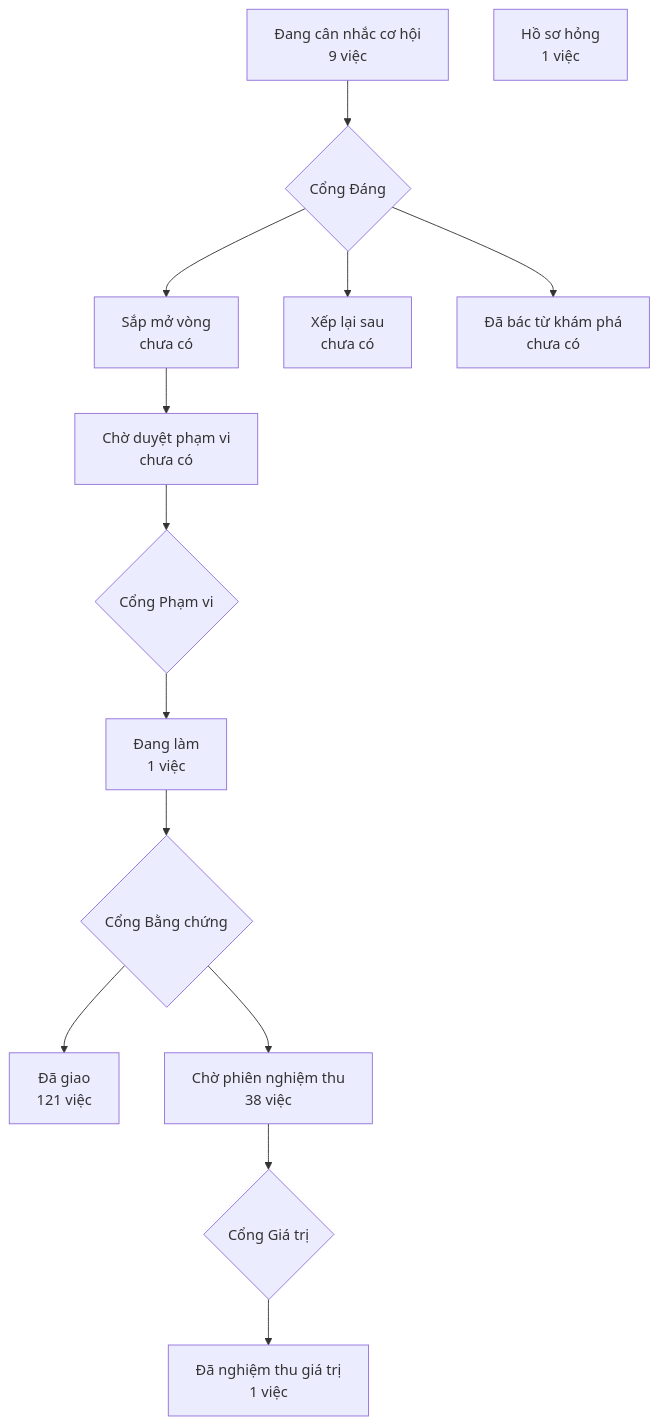
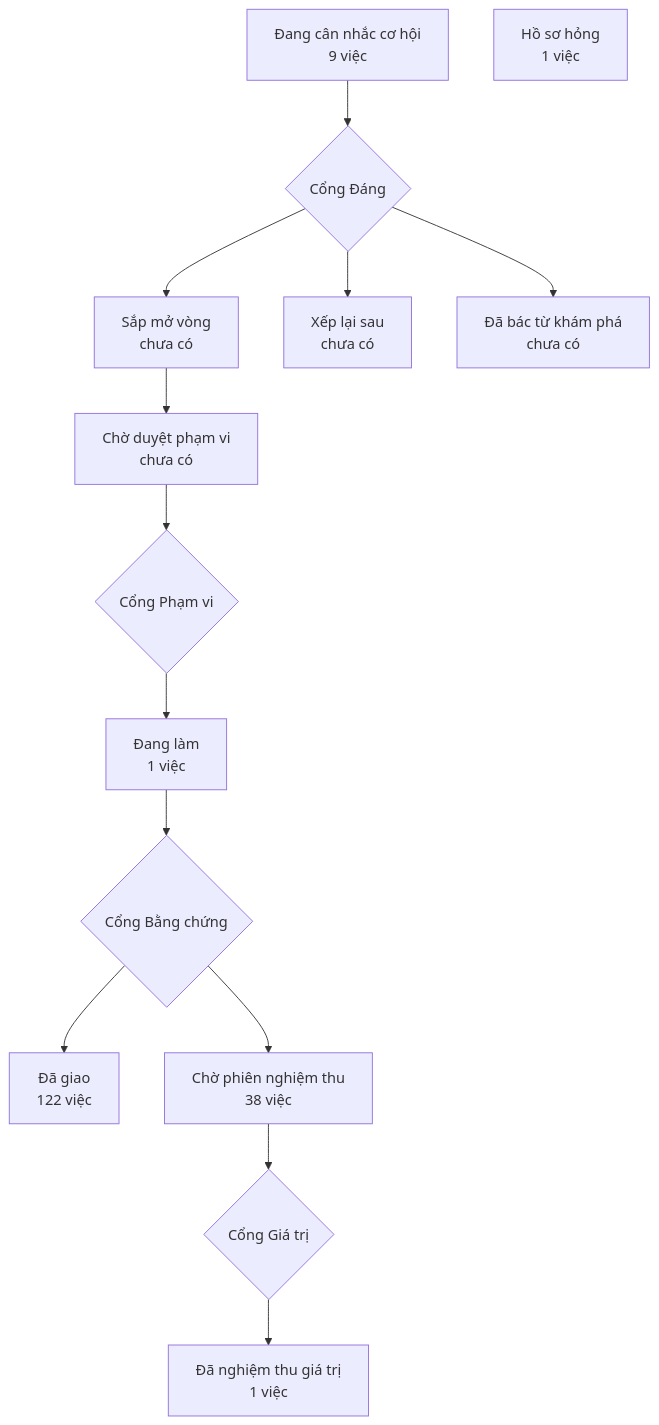
One commit to phanlemanh/crm-onehub changed the diagram in PRODUCT-MAP.md. Above: the diagram before and after it, drawn with Mermaid. The commit also changed other lines of this file and 7 other files, not shown here.

````diff
--- a/PRODUCT-MAP.md
+++ b/PRODUCT-MAP.md
@@ -7,13 +7,13 @@
 ```mermaid
 flowchart TD
   A["Đang cân nhắc cơ hội<br/>9 việc"] --> GD{"Cổng Đáng"}
   GD --> B["Sắp mở vòng<br/>chưa có"]
   GD --> XL["Xếp lại sau<br/>chưa có"]
   GD --> DB["Đã bác từ khám phá<br/>chưa có"]
   B --> CD["Chờ duyệt phạm vi<br/>chưa có"] --> GP{"Cổng Phạm vi"}
   GP --> DL["Đang làm<br/>1 việc"] --> GB{"Cổng Bằng chứng"}
-  GB --> DG["Đã giao<br/>121 việc"]
+  GB --> DG["Đã giao<br/>122 việc"]
   GB --> CN["Chờ phiên nghiệm thu<br/>38 việc"] --> GG{"Cổng Giá trị"}
   GG --> NT["Đã nghiệm thu giá trị<br/>1 việc"]
   HS["Hồ sơ hỏng<br/>1 việc"]
 ```
````
